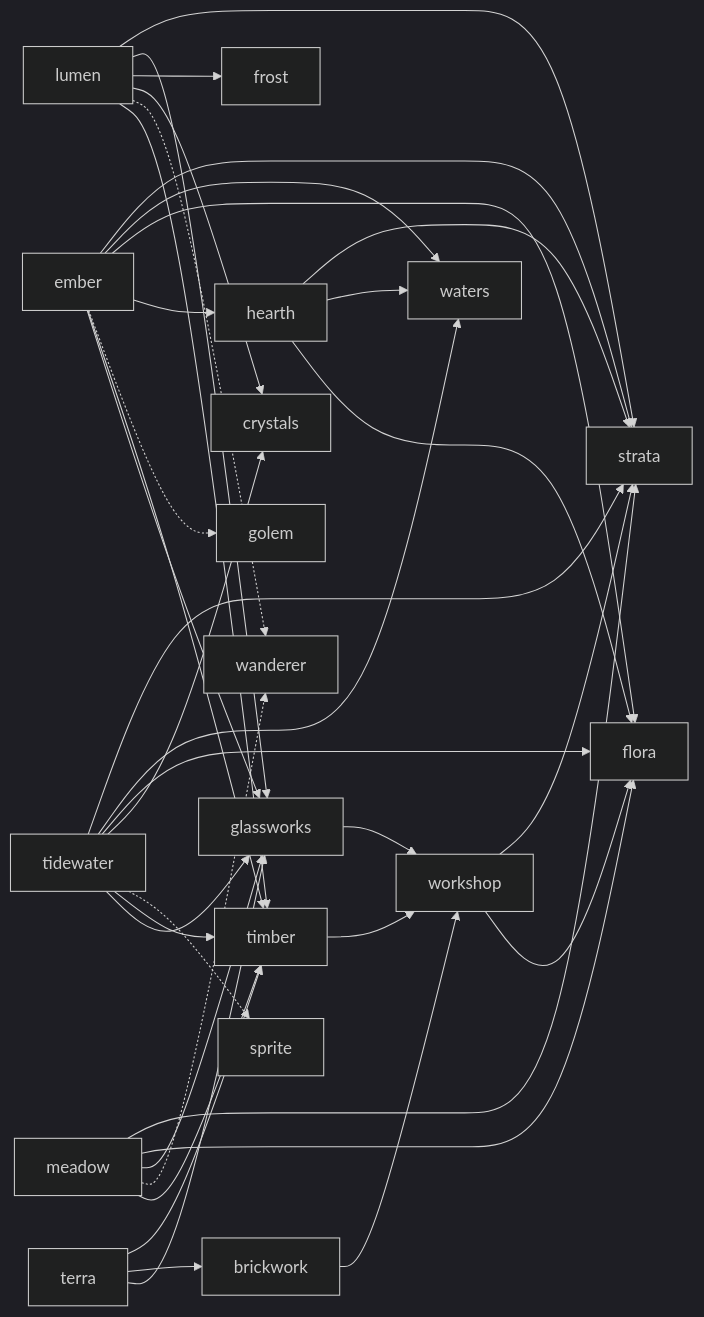
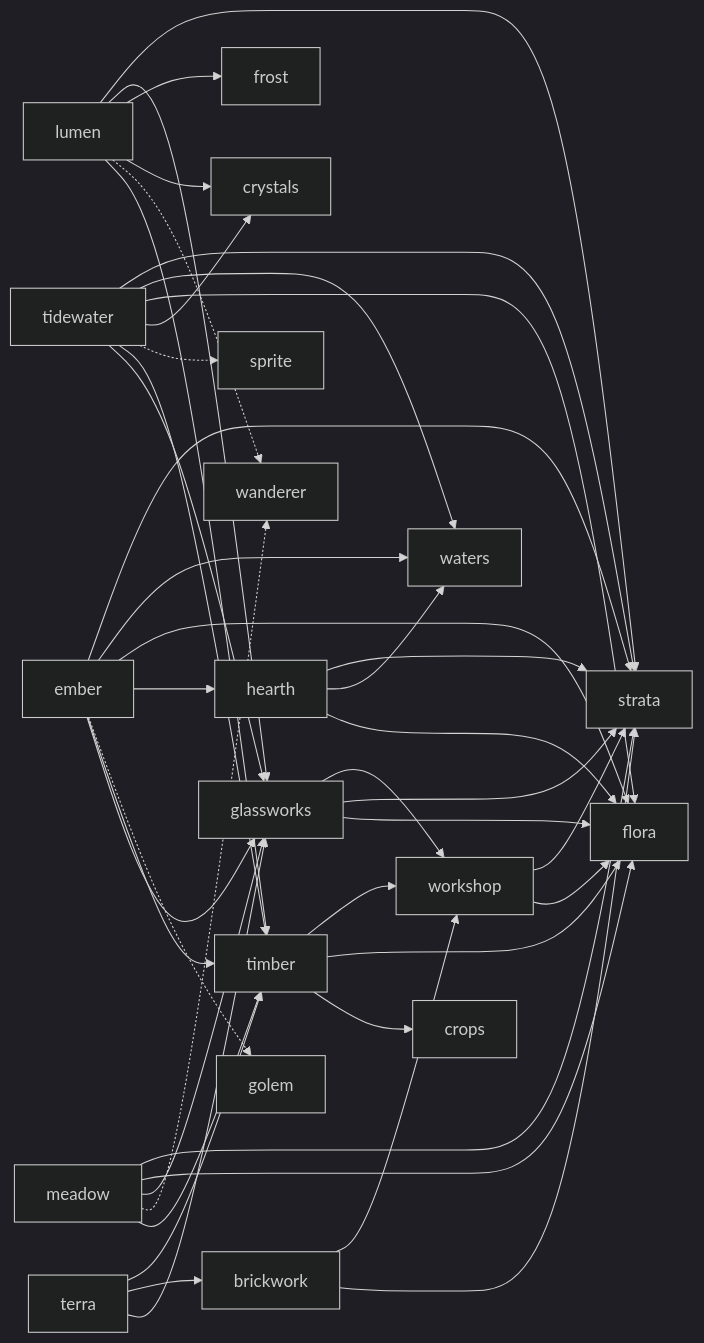
Before and after one commit to mkappworks-dev/tesserae: the diagram in docs/demo-games.md, drawn with Mermaid (dark theme). The commit also changed other lines of this file and 29 other files, not shown here.

````diff
--- a/docs/demo-games.md
+++ b/docs/demo-games.md
@@ -78,39 +78,44 @@
 ```mermaid
 graph LR
   meadow --> strata
   meadow --> flora
   meadow --> glassworks
   ember --> strata
   ember --> waters
   ember --> flora
   ember --> hearth
   tidewater --> strata
   tidewater --> waters
   tidewater --> flora
   tidewater --> crystals
   lumen --> strata
   lumen --> glassworks
   lumen --> frost
   lumen --> crystals
   lumen -.-> wanderer
   meadow -.-> wanderer
   ember -.-> golem
   tidewater -.-> sprite
   hearth --> strata
   hearth --> waters
   hearth --> flora
   terra --> timber
   terra --> brickwork
   terra --> glassworks
   meadow --> timber
   ember --> timber
   ember --> glassworks
   tidewater --> timber
   tidewater --> glassworks
   lumen --> timber
   timber --> workshop
+  timber --> flora
+  timber --> crops
   brickwork --> workshop
+  brickwork --> strata
   glassworks --> workshop
+  glassworks --> strata
+  glassworks --> flora
   workshop --> strata
   workshop --> flora
 ```
````
